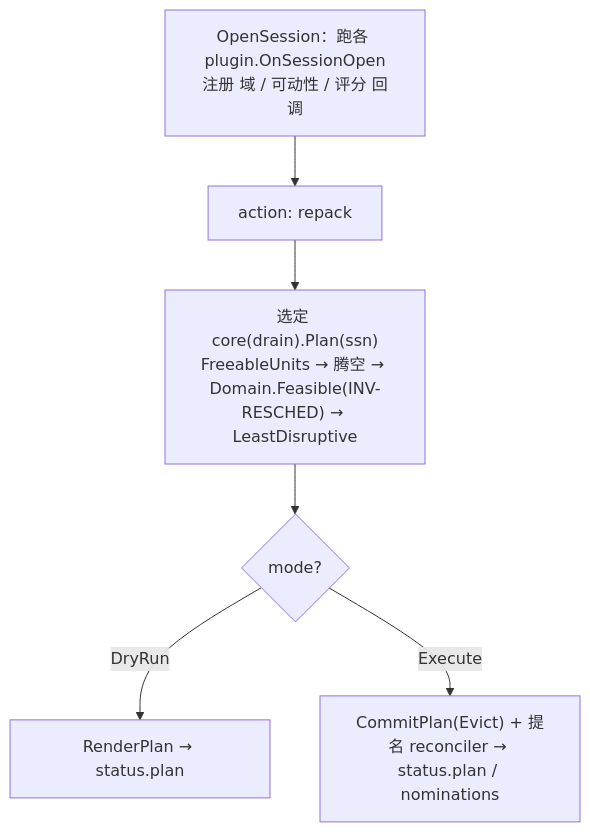
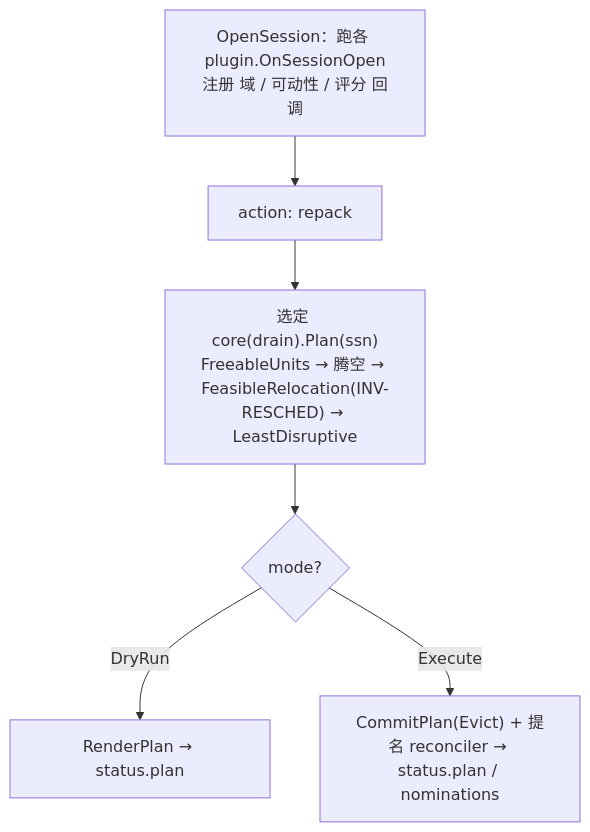
One commit to wangyang0616/volcano changed the second of 2 diagrams in docs/design/repack-runtime-defragmentation.md. Above: the diagram before and after it, drawn with Mermaid. The commit also changed other lines of this file and 16 other files, not shown here.

````diff
--- a/docs/design/repack-runtime-defragmentation.md
+++ b/docs/design/repack-runtime-defragmentation.md
@@ -1132,8 +1132,8 @@
 ```mermaid
 flowchart TD
     P["OpenSession：跑各 plugin.OnSessionOpen<br/>注册 域 / 可动性 / 评分 回调"] --> A["action: repack"]
-    A --> B["选定 core(drain).Plan(ssn)<br/>FreeableUnits → 腾空 → Domain.Feasible(INV-RESCHED) → LeastDisruptive"]
+    A --> B["选定 core(drain).Plan(ssn)<br/>FreeableUnits → 腾空 → FeasibleRelocation(INV-RESCHED) → LeastDisruptive"]
     B --> C{"mode?"}
     C -->|DryRun| E["RenderPlan → status.plan"]
     C -->|Execute| F["CommitPlan(Evict) + 提名 reconciler → status.plan / nominations"]
 ```
````
